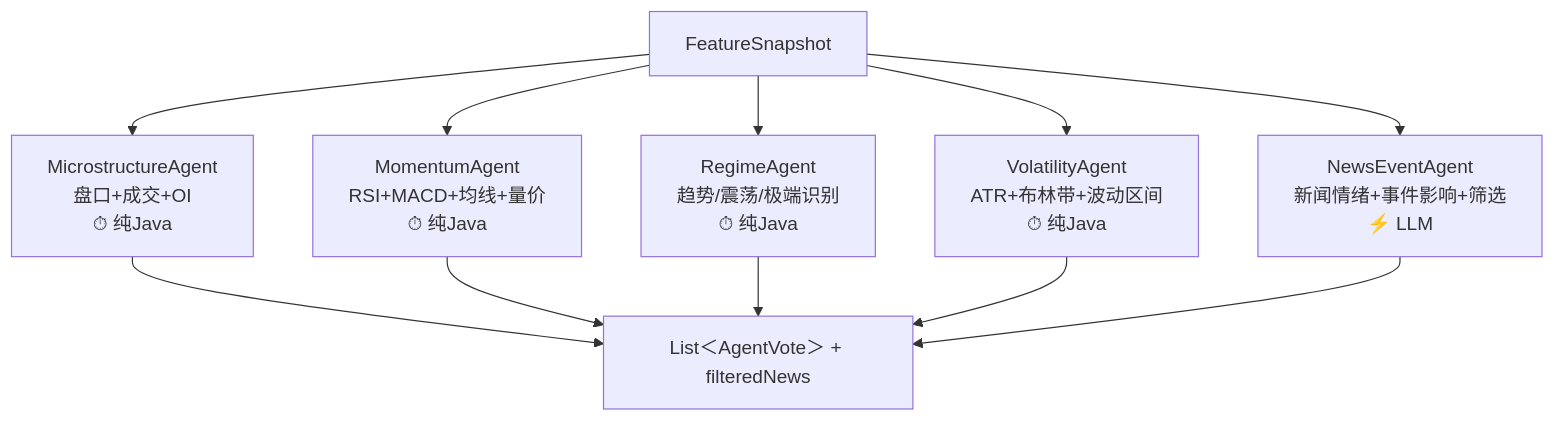
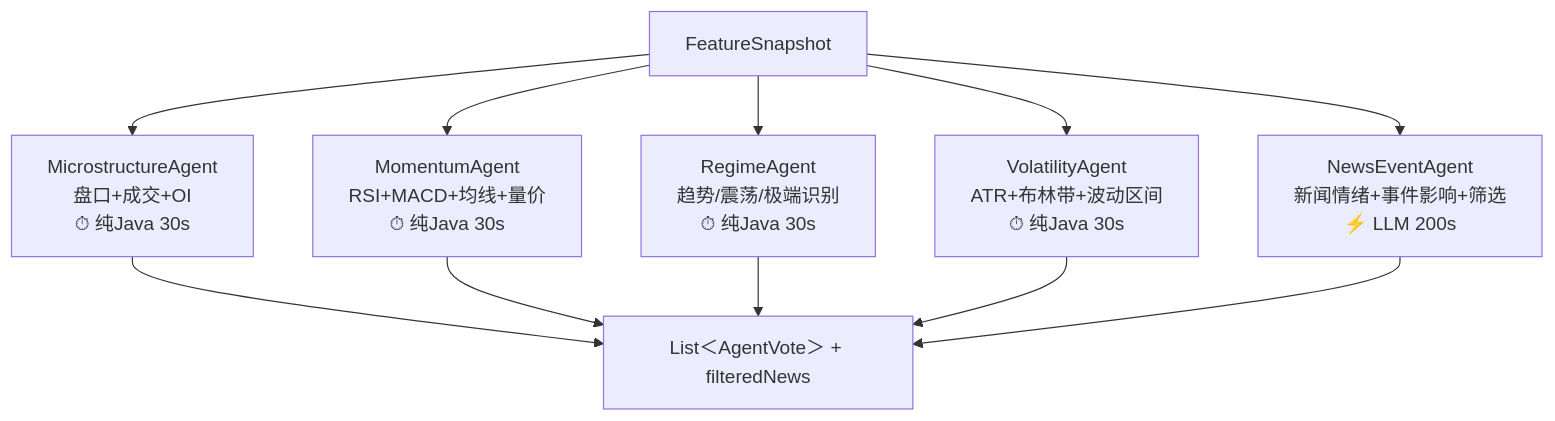
The third of 6 diagrams in docs/Quantitative analysis.md (mamawai/wtfibought), drawn with Mermaid before and after one commit. The commit also changed other lines of this file and 1 other file, not shown here.

````diff
--- a/docs/Quantitative analysis.md
+++ b/docs/Quantitative analysis.md
@@ -239,14 +252,14 @@
 ```mermaid
 flowchart TB
-    FS["FeatureSnapshot"] --> FA1["MicrostructureAgent<br/>盘口+成交+OI<br/>⏱ 纯Java"]
-    FS --> FA2["MomentumAgent<br/>RSI+MACD+均线+量价<br/>⏱ 纯Java"]
-    FS --> FA3["RegimeAgent<br/>趋势/震荡/极端识别<br/>⏱ 纯Java"]
-    FS --> FA4["VolatilityAgent<br/>ATR+布林带+波动区间<br/>⏱ 纯Java"]
-    FS --> FA5["NewsEventAgent<br/>新闻情绪+事件影响+筛选<br/>⚡ LLM"]
+    FS["FeatureSnapshot"] --> FA1["MicrostructureAgent<br/>盘口+成交+OI<br/>⏱ 纯Java 30s"]
+    FS --> FA2["MomentumAgent<br/>RSI+MACD+均线+量价<br/>⏱ 纯Java 30s"]
+    FS --> FA3["RegimeAgent<br/>趋势/震荡/极端识别<br/>⏱ 纯Java 30s"]
+    FS --> FA4["VolatilityAgent<br/>ATR+布林带+波动区间<br/>⏱ 纯Java 30s"]
+    FS --> FA5["NewsEventAgent<br/>新闻情绪+事件影响+筛选<br/>⚡ LLM 200s"]
 
     FA1 --> VOTES["List＜AgentVote＞ + filteredNews"]
     FA2 --> VOTES
     FA3 --> VOTES
     FA4 --> VOTES
     FA5 --> VOTES
 ```
````
